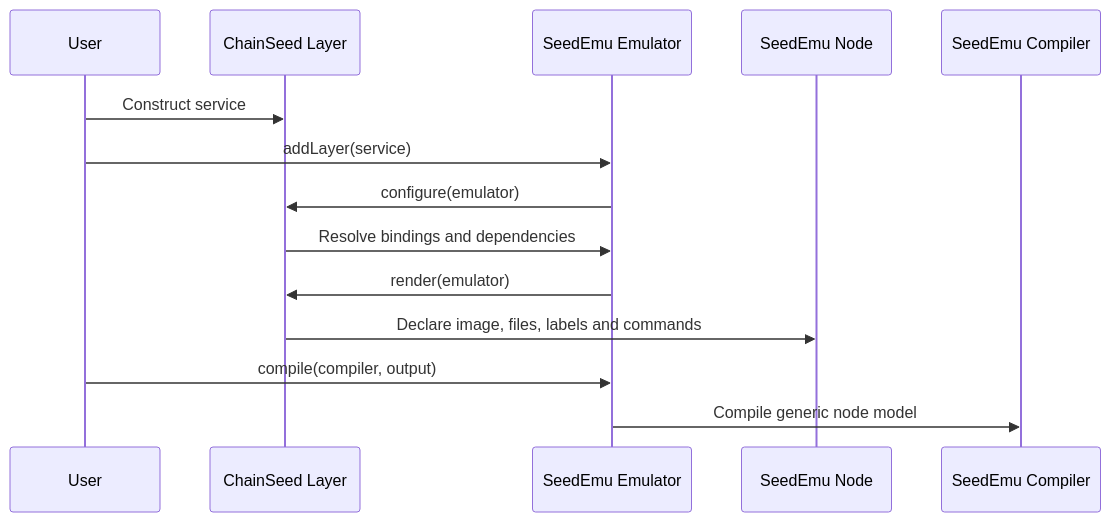
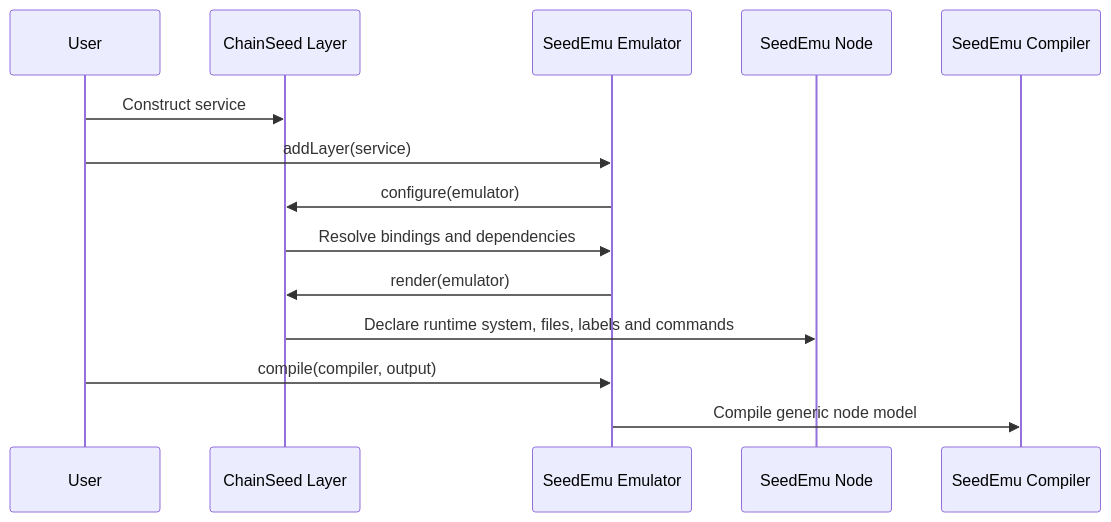
The first of 3 diagrams in docs/design/seedemu-integration.md (cy-gitlab/chain-seed), drawn with Mermaid before and after one commit. The commit also changed other lines of this file and 47 other files, not shown here.

````diff
--- a/docs/design/seedemu-integration.md
+++ b/docs/design/seedemu-integration.md
@@ -55,17 +55,17 @@
 ```mermaid
 sequenceDiagram
     participant User
     participant Chain as ChainSeed Layer
     participant Emu as SeedEmu Emulator
     participant Node as SeedEmu Node
     participant Compiler as SeedEmu Compiler
 
     User->>Chain: Construct service
     User->>Emu: addLayer(service)
     Emu->>Chain: configure(emulator)
     Chain->>Emu: Resolve bindings and dependencies
     Emu->>Chain: render(emulator)
-    Chain->>Node: Declare image, files, labels and commands
+    Chain->>Node: Declare runtime system, files, labels and commands
     User->>Emu: compile(compiler, output)
     Emu->>Compiler: Compile generic node model
 ```
````
